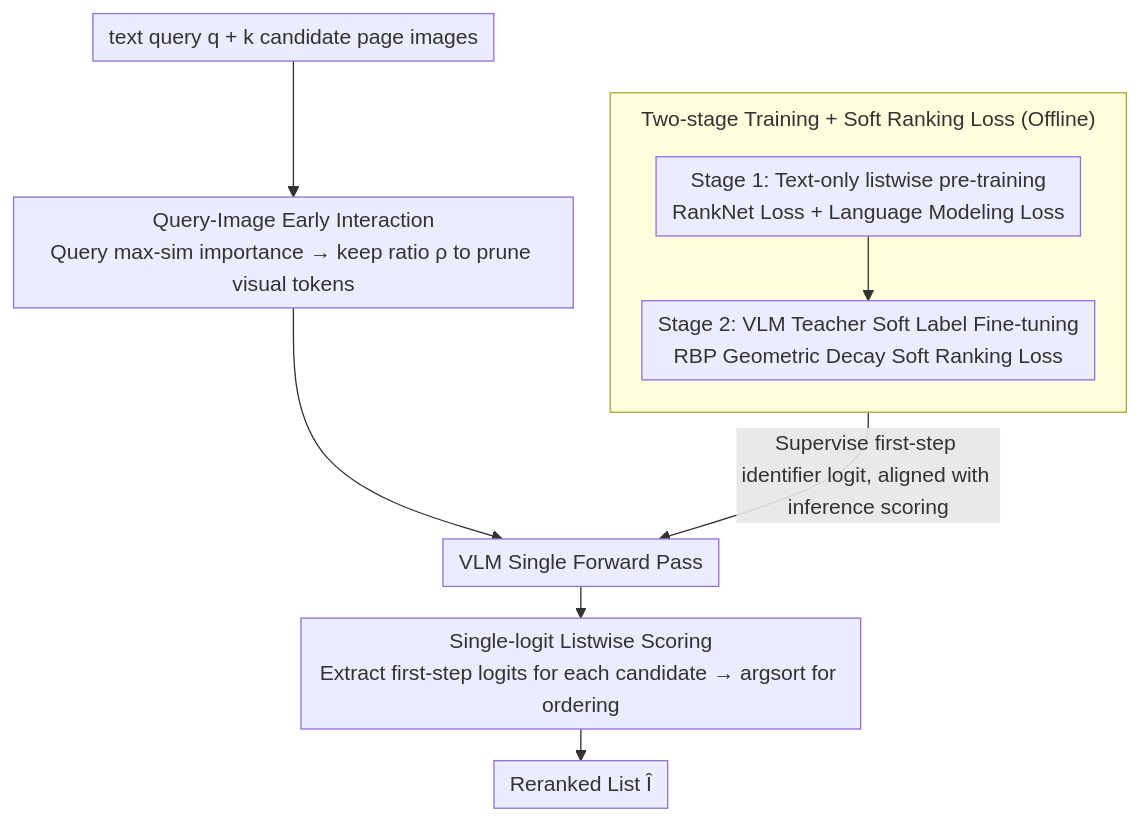
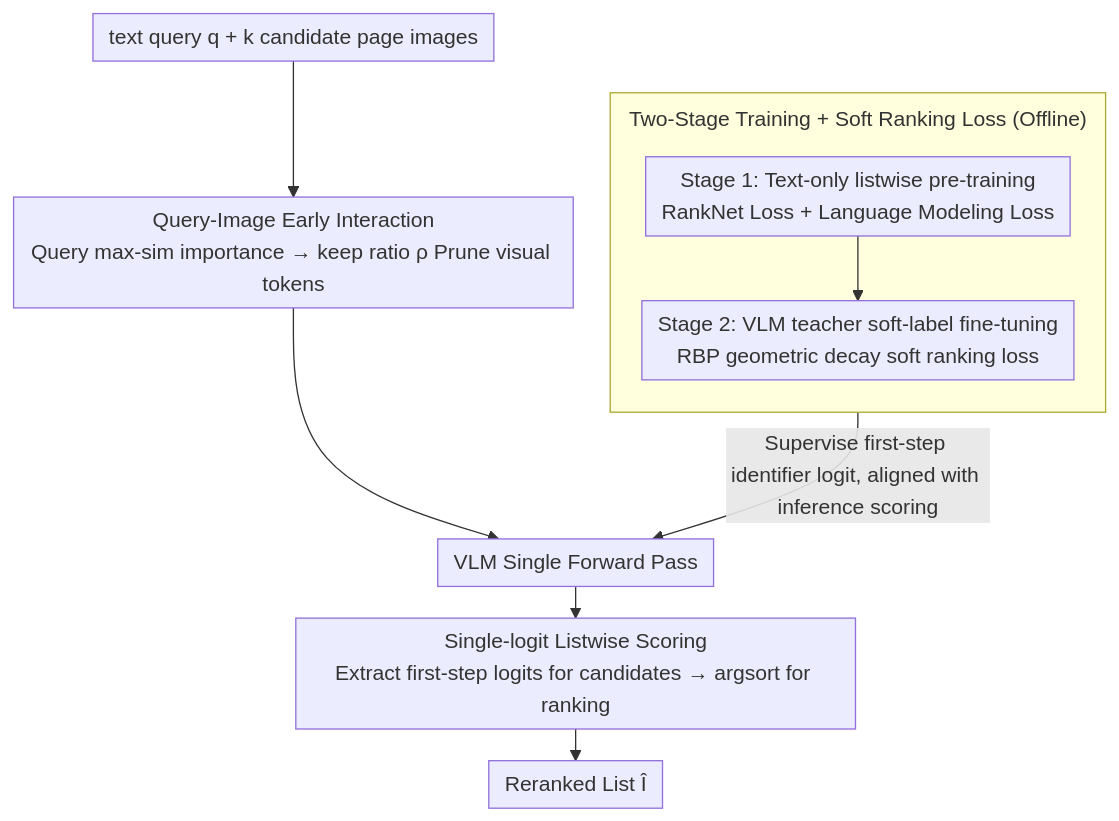
The diagram in docs/ICML2026/multimodal_vlm/very_efficient_listwise_multimodal_reranking_for_long_documents.md (zhaoyang97/Paper-Notes-en), drawn with Mermaid before and after one commit. The commit also changed other lines of this file and 5084 other files, not shown here.

````diff
--- a/docs/ICML2026/multimodal_vlm/very_efficient_listwise_multimodal_reranking_for_long_documents.md
+++ b/docs/ICML2026/multimodal_vlm/very_efficient_listwise_multimodal_reranking_for_long_documents.md
@@ -43,13 +43,13 @@
 ```mermaid
 %%{init: {'flowchart': {'rankSpacing': 24, 'nodeSpacing': 28, 'padding': 6, 'wrappingWidth': 400, 'subGraphTitleMargin': {'top': 8, 'bottom': 16}}}}%%
 flowchart TD
-    subgraph TRAIN["Two-stage Training + Soft Ranking Loss (Offline)"]
+    subgraph TRAIN["Two-Stage Training + Soft Ranking Loss (Offline)"]
         direction TB
-        T1["Stage 1: Text-only listwise pre-training<br/>RankNet Loss + Language Modeling Loss"] --> T2["Stage 2: VLM Teacher Soft Label Fine-tuning<br/>RBP Geometric Decay Soft Ranking Loss"]
+        T1["Stage 1: Text-only listwise pre-training<br/>RankNet Loss + Language Modeling Loss"] --> T2["Stage 2: VLM teacher soft-label fine-tuning<br/>RBP geometric decay soft ranking loss"]
     end
     TRAIN -->|Supervise first-step identifier logit, aligned with inference scoring| M
-    Q["text query q + k candidate page images"] --> P["Query-Image Early Interaction<br/>Query max-sim importance → keep ratio ρ to prune visual tokens"]
+    Q["text query q + k candidate page images"] --> P["Query-Image Early Interaction<br/>Query max-sim importance → keep ratio ρ Prune visual tokens"]
     P --> M["VLM Single Forward Pass"]
-    M --> L["Single-logit Listwise Scoring<br/>Extract first-step logits for each candidate → argsort for ordering"]
+    M --> L["Single-logit Listwise Scoring<br/>Extract first-step logits for candidates → argsort for ranking"]
     L --> O["Reranked List Î"]
 ```
````
